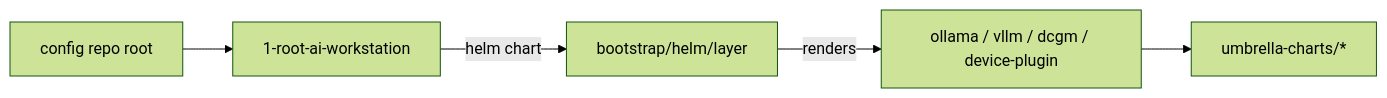
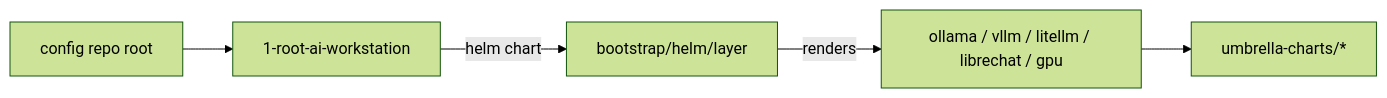
Before and after one commit to forterro/ai-workstation-platform: the diagram in README.md, drawn with Mermaid (forest theme). The commit also changed other lines of this file and 13 other files, not shown here.

````diff
--- a/README.md
+++ b/README.md
@@ -17,7 +17,7 @@
 ```mermaid
 flowchart LR
   cfg[config repo root] --> aiRoot["1-root-ai-workstation"]
   aiRoot -->|helm chart| layer["bootstrap/helm/layer"]
-  layer -->|renders| apps["ollama / vllm / dcgm / device-plugin"]
+  layer -->|renders| apps["ollama / vllm / litellm / librechat / gpu"]
   apps --> charts[umbrella-charts/*]
 ```
````
